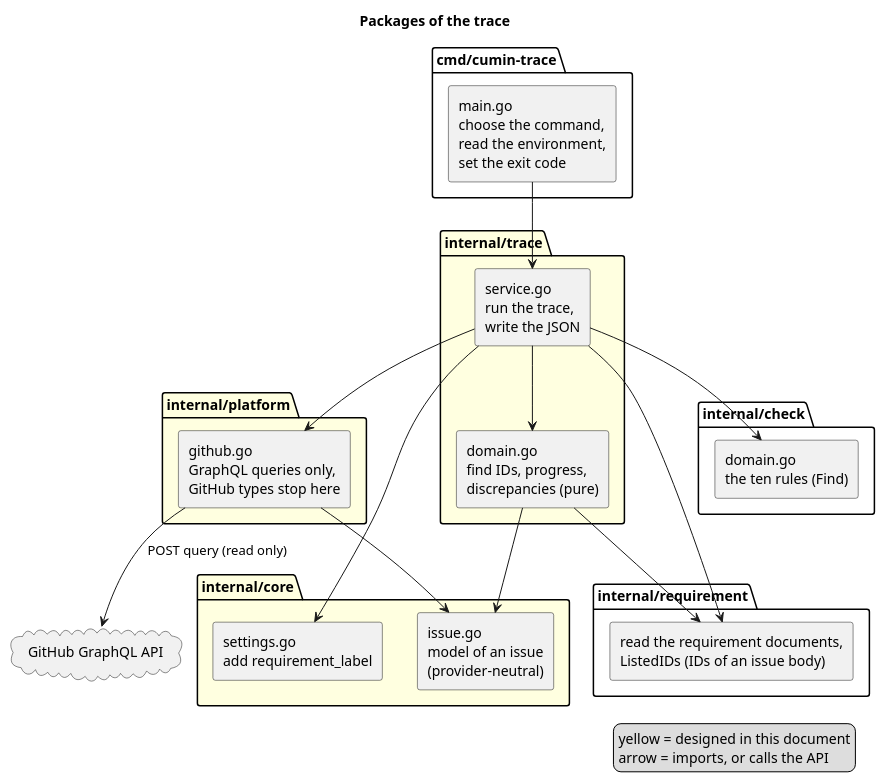
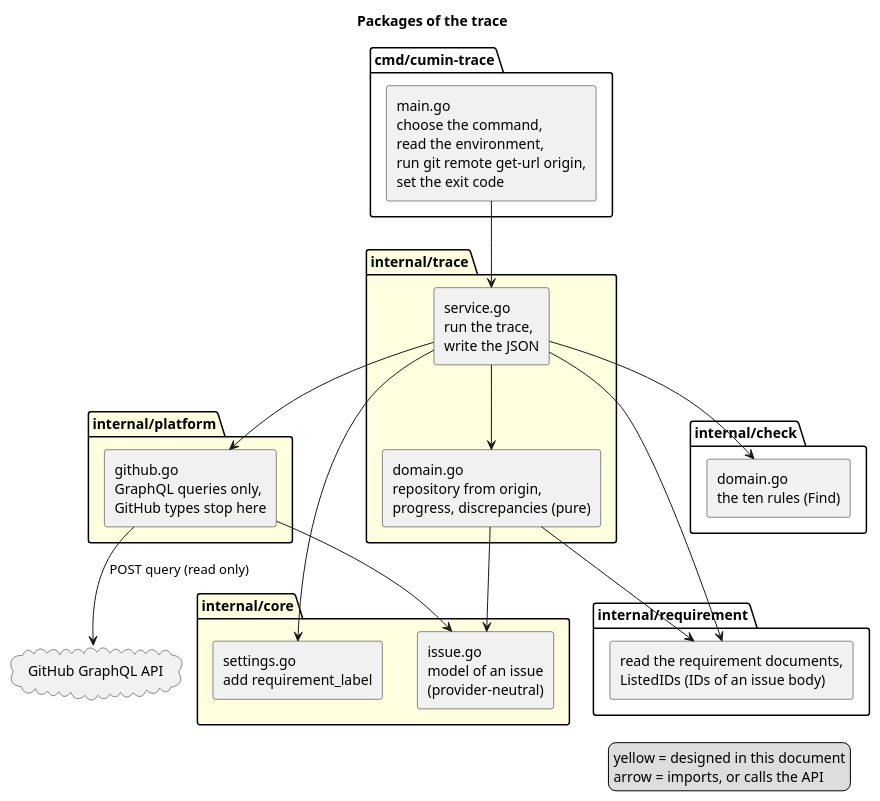
The diagram in docs/ja/designs/trace/trace-packages.puml (cloveclovedev/cumin-trace), drawn with PlantUML before and after one commit. The commit also changed 4 other files, not shown here.

Commit message:
docs(designs): fix the ID boundary and the package diagram of the trace

```diff
--- a/docs/ja/designs/trace/trace-packages.puml
+++ b/docs/ja/designs/trace/trace-packages.puml
@@ -1,49 +1,49 @@
 @startuml trace-packages
 title Packages of the trace
 skinparam shadowing false
 skinparam componentStyle rectangle
 
 package "cmd/cumin-trace" {
-  [main.go\nchoose the command,\nread the environment,\nset the exit code] as main
+  [main.go\nchoose the command,\nread the environment,\nrun git remote get-url origin,\nset the exit code] as main
 }
 
 package "internal/trace" #LightYellow {
   [service.go\nrun the trace,\nwrite the JSON] as service
-  [domain.go\nfind IDs, progress,\ndiscrepancies (pure)] as rules
+  [domain.go\nrepository from origin,\nprogress, discrepancies (pure)] as rules
 }
 
 package "internal/platform" #LightYellow {
   [github.go\nGraphQL queries only,\nGitHub types stop here] as github
 }
 
 package "internal/core" #LightYellow {
   [issue.go\nmodel of an issue\n(provider-neutral)] as issue
   [settings.go\nadd requirement_label] as settings
 }
 
 package "internal/check" {
   [domain.go\nthe ten rules (Find)] as check
 }
 
 package "internal/requirement" {
   [read the requirement documents,\nListedIDs (IDs of an issue body)] as requirement
 }
 
 cloud "GitHub GraphQL API" as api
 
 main --> service
 service --> settings
 service --> requirement
 service --> check
 service --> rules
 service --> github
 rules --> issue
 rules --> requirement
 github --> issue
 github --> api : POST query (read only)
 
 legend right
   yellow = designed in this document
   arrow = imports, or calls the API
 endlegend
 @enduml
```
